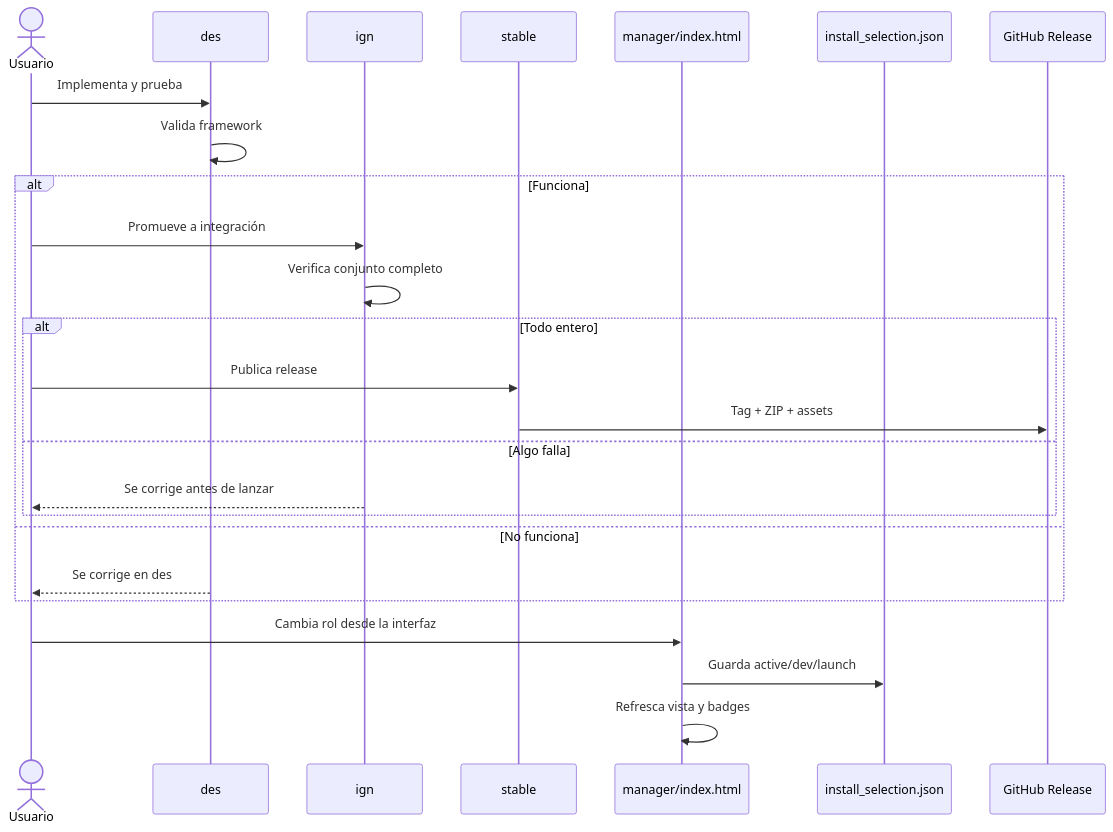
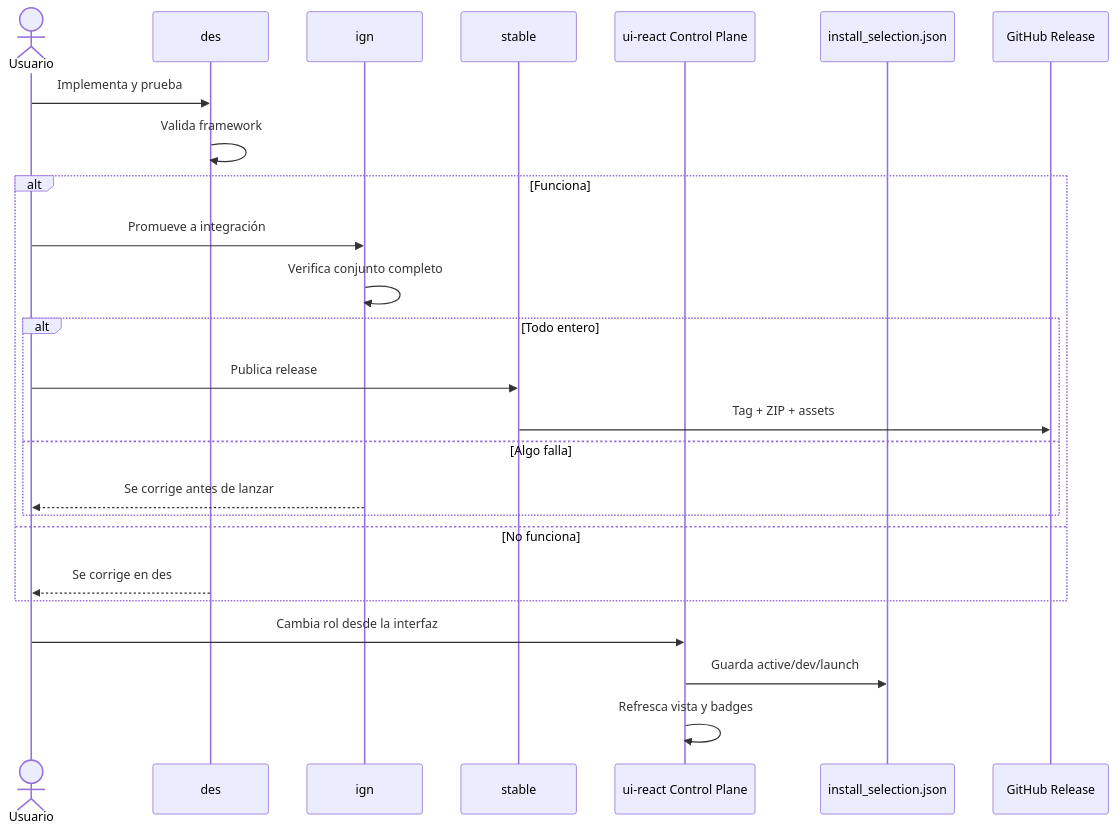
The sixth of 7 diagrams in MANUAL.md (MarcValls/BAGO), drawn with Mermaid before and after one commit. The commit also changed other lines of this file and 62 other files, not shown here.

````diff
--- a/MANUAL.md
+++ b/MANUAL.md
@@ -1206,29 +1206,29 @@
 ```mermaid
 sequenceDiagram
   actor User as Usuario
   participant Dev as des
   participant Ign as ign
   participant Stable as stable
-  participant UI as manager/index.html
+  participant UI as ui-react Control Plane
   participant Roles as install_selection.json
   participant Release as GitHub Release
 
   User->>Dev: Implementa y prueba
   Dev->>Dev: Valida framework
   alt Funciona
     User->>Ign: Promueve a integración
     Ign->>Ign: Verifica conjunto completo
     alt Todo entero
       User->>Stable: Publica release
       Stable->>Release: Tag + ZIP + assets
     else Algo falla
       Ign-->>User: Se corrige antes de lanzar
     end
   else No funciona
     Dev-->>User: Se corrige en des
   end
 
   User->>UI: Cambia rol desde la interfaz
   UI->>Roles: Guarda active/dev/launch
   UI->>UI: Refresca vista y badges
 ```
````
